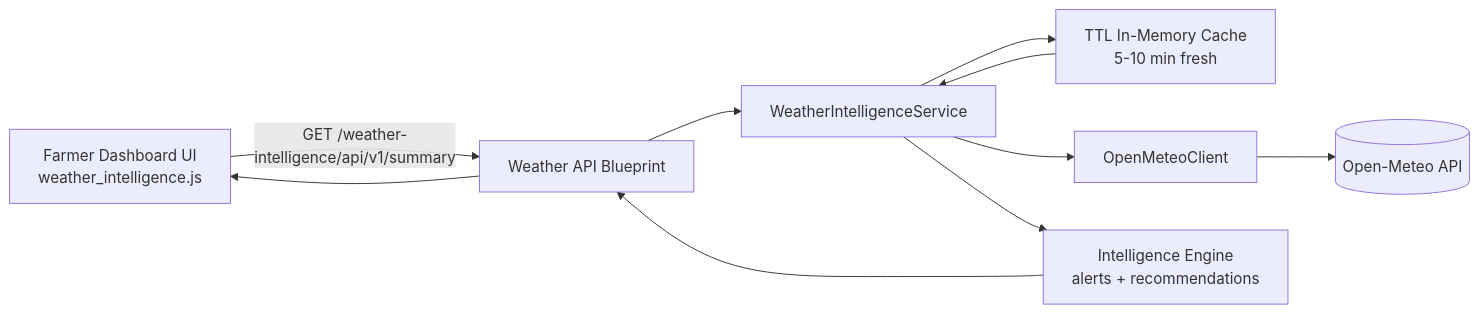
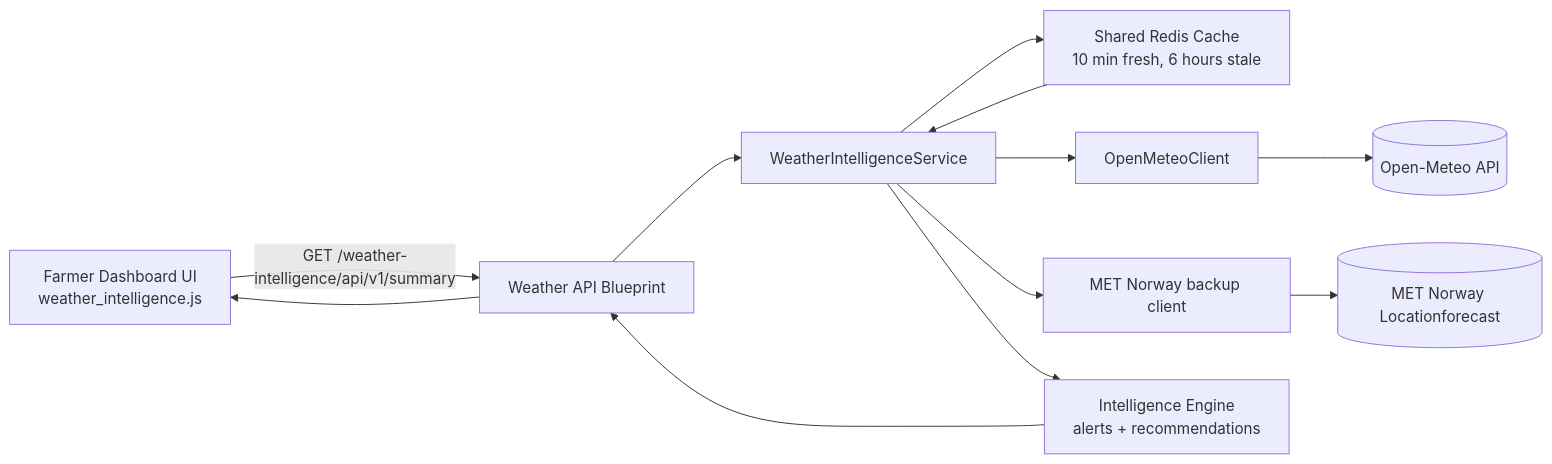
The diagram in docs/weather_intelligence_module.md (CHHORNGL/Project_Assignment), drawn with Mermaid before and after one commit. The commit also changed other lines of this file and 21 other files, not shown here.

````diff
--- a/docs/weather_intelligence_module.md
+++ b/docs/weather_intelligence_module.md
@@ -15,12 +55,14 @@
 ```mermaid
 flowchart LR
     A[Farmer Dashboard UI<br/>weather_intelligence.js] -->|GET /weather-intelligence/api/v1/summary| B[Weather API Blueprint]
     B --> C[WeatherIntelligenceService]
-    C --> D[TTL In-Memory Cache<br/>5-10 min fresh]
+    C --> D[Shared Redis Cache<br/>10 min fresh, 6 hours stale]
     C --> E[OpenMeteoClient]
     E --> F[(Open-Meteo API)]
+    C --> H[MET Norway backup client]
+    H --> I[(MET Norway Locationforecast)]
     C --> G[Intelligence Engine<br/>alerts + recommendations]
     G --> B
     D --> C
     B --> A
 ```
````
